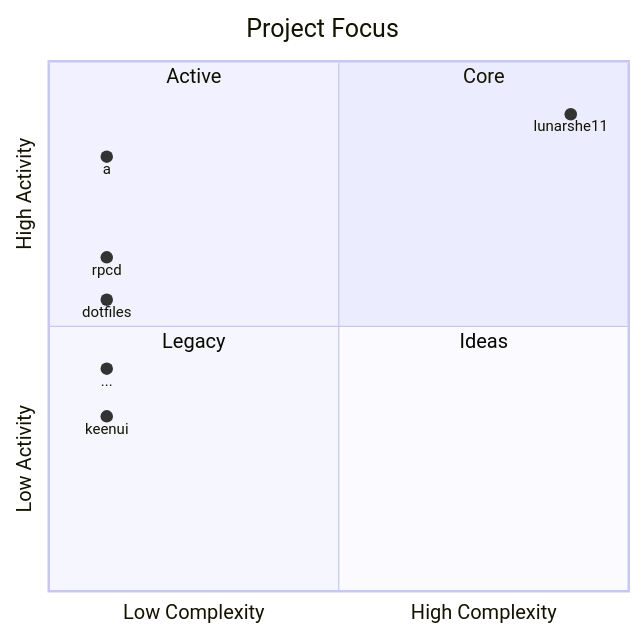
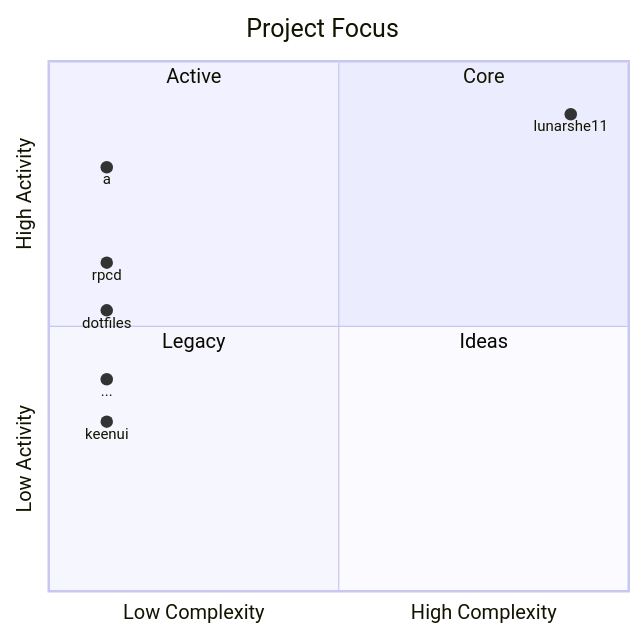
The first of 3 diagrams in README.md (lunarshe11/lunarshe11), drawn with Mermaid before and after one commit. The commit also changed other lines of this file, not shown here.

````diff
--- a/README.md
+++ b/README.md
@@ -13,16 +13,16 @@
 ```mermaid
 quadrantChart
     title Project Focus
     x-axis Low Complexity --> High Complexity
     y-axis Low Activity --> High Activity
     quadrant-1 Core
     quadrant-2 Active
     quadrant-3 Legacy
     quadrant-4 Ideas
     lunarshe11: [0.9, 0.9]
-    a: [0.1, 0.82]
-    rpcd: [0.1, 0.63]
-    dotfiles: [0.1, 0.55]
-    ...: [0.1, 0.42]
-    keenui: [0.1, 0.33]
+    a: [0.1, 0.8]
+    rpcd: [0.1, 0.62]
+    dotfiles: [0.1, 0.53]
+    ...: [0.1, 0.4]
+    keenui: [0.1, 0.32]
 ```
````
